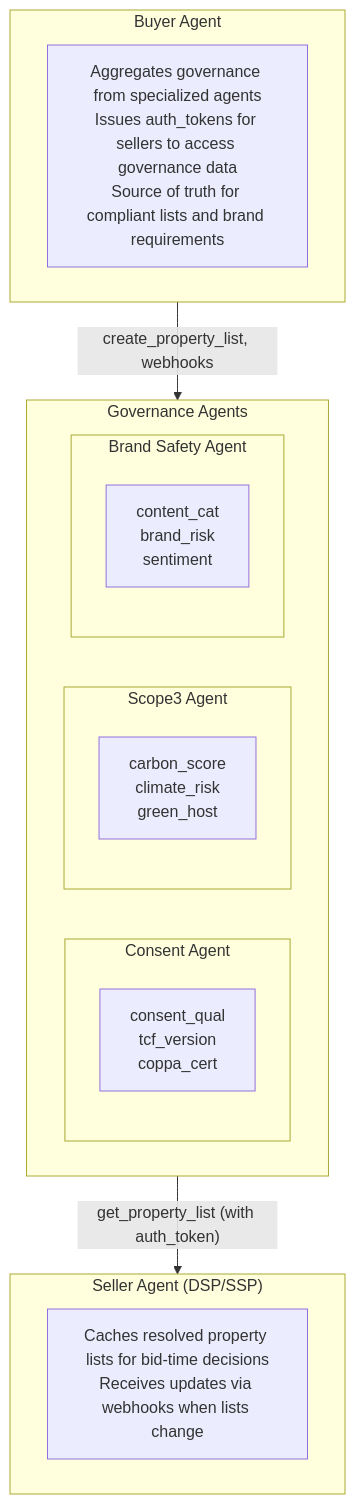
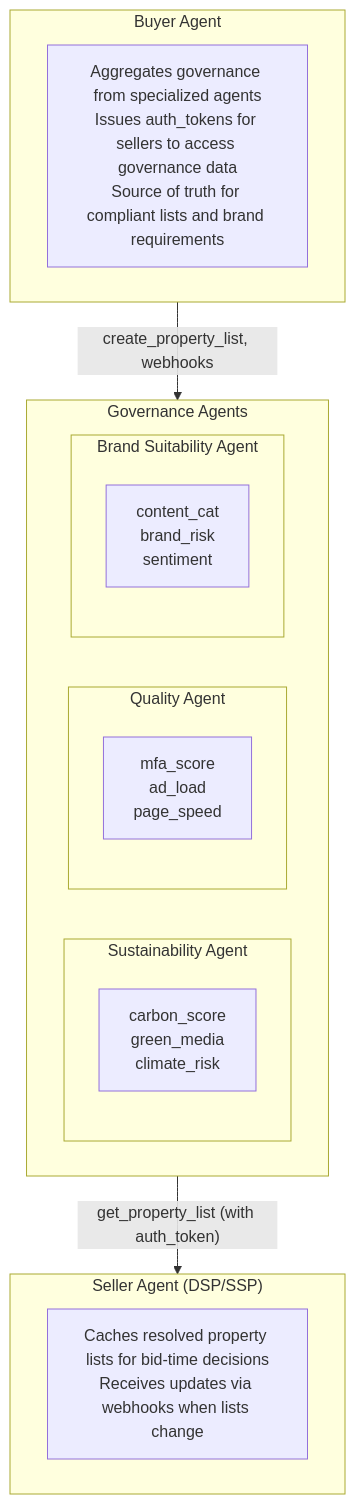
Before and after one commit to adcontextprotocol/adcp: the diagram in docs/governance/overview.mdx, drawn with Mermaid. The commit also changed other lines of this file and 21 other files, not shown here.

````diff
--- a/docs/governance/overview.mdx
+++ b/docs/governance/overview.mdx
@@ -49,25 +49,25 @@
 ```mermaid
 flowchart TB
     subgraph buyer["Buyer Agent"]
         buyer_desc["Aggregates governance from specialized agents<br/>Issues auth_tokens for sellers to access governance data<br/>Source of truth for compliant lists and brand requirements"]
     end
 
     subgraph governance["Governance Agents"]
-        subgraph consent["Consent Agent"]
-            consent_features["consent_qual<br/>tcf_version<br/>coppa_cert"]
+        subgraph sustainability["Sustainability Agent"]
+            sustainability_features["carbon_score<br/>green_media<br/>climate_risk"]
         end
-        subgraph scope3["Scope3 Agent"]
-            scope3_features["carbon_score<br/>climate_risk<br/>green_host"]
+        subgraph quality["Quality Agent"]
+            quality_features["mfa_score<br/>ad_load<br/>page_speed"]
         end
-        subgraph brand["Brand Safety Agent"]
-            brand_features["content_cat<br/>brand_risk<br/>sentiment"]
+        subgraph suitability["Brand Suitability Agent"]
+            suitability_features["content_cat<br/>brand_risk<br/>sentiment"]
         end
     end
 
     subgraph seller["Seller Agent (DSP/SSP)"]
         seller_desc["Caches resolved property lists for bid-time decisions<br/>Receives updates via webhooks when lists change"]
     end
 
     buyer -->|"create_property_list, webhooks"| governance
     governance -->|"get_property_list (with auth_token)"| seller
 ```
````
